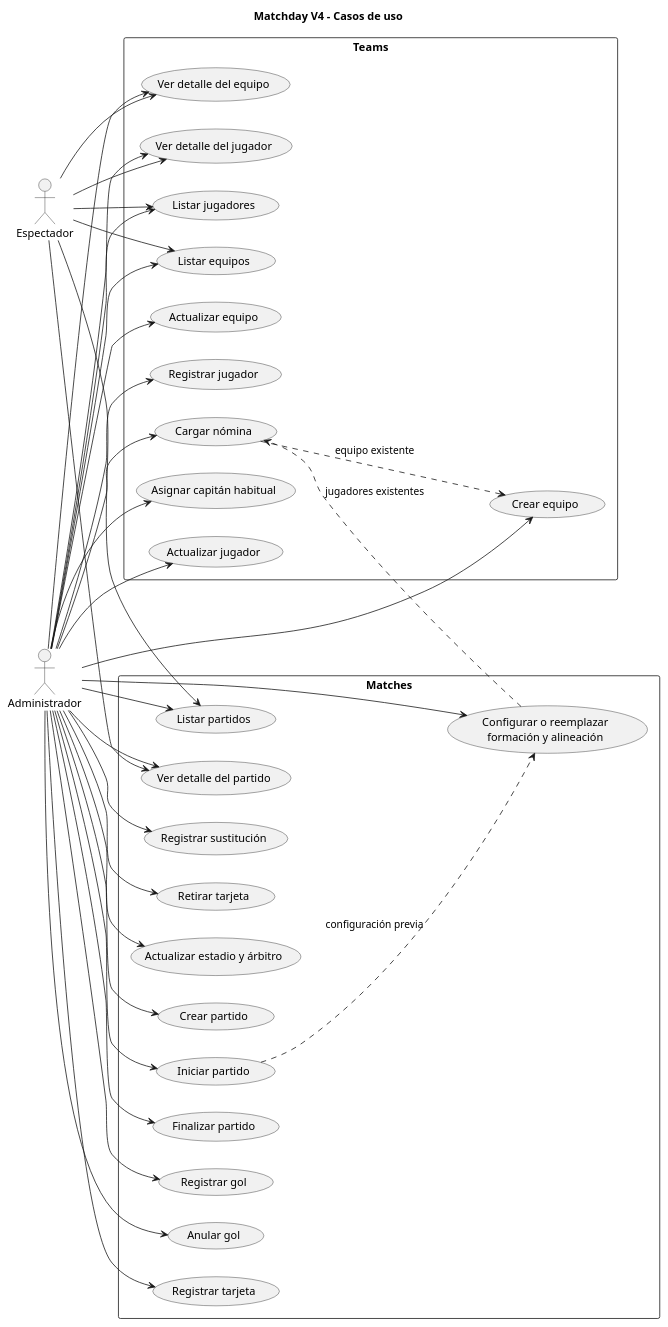
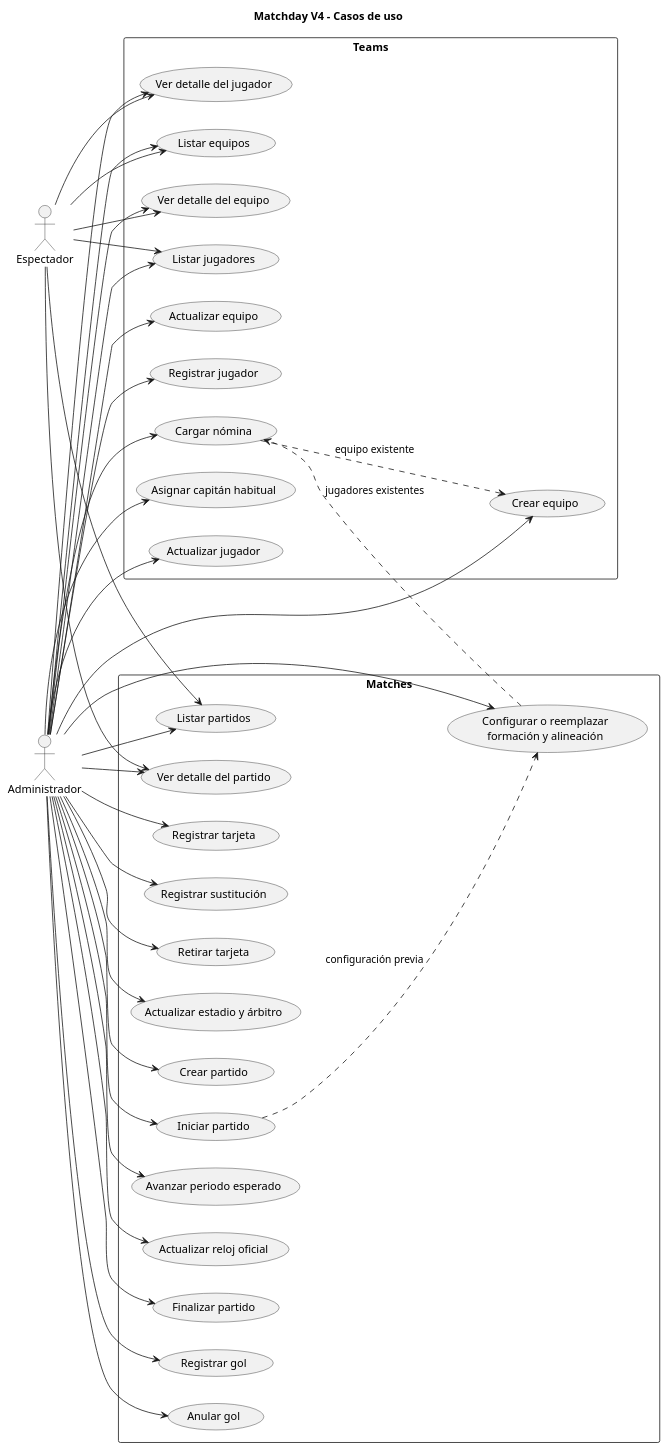
One commit to JaredDet/Match-Day changed the diagram in docs/diagrams/use-cases.puml. Above: the diagram before and after it, drawn with PlantUML. The commit also changed 41 other files, not shown here.

Commit message:
feat(matches): modelar periodos y reloj oficial del partido

```diff
--- a/docs/diagrams/use-cases.puml
+++ b/docs/diagrams/use-cases.puml
@@ -1,70 +1,74 @@
 @startuml Matchday Use Cases
 title Matchday V4 - Casos de uso
 
 left to right direction
 skinparam packageStyle rectangle
 
 actor Administrador as Admin
 actor Espectador as Viewer
 
 rectangle "Teams" {
   usecase "Crear equipo" as CreateTeam
   usecase "Actualizar equipo" as UpdateTeam
   usecase "Registrar jugador" as RegisterPlayer
   usecase "Cargar nómina" as RegisterSquad
   usecase "Asignar capitán habitual" as SetCaptain
   usecase "Actualizar jugador" as UpdatePlayer
   usecase "Listar equipos" as ListTeams
   usecase "Ver detalle del equipo" as GetTeam
   usecase "Listar jugadores" as ListPlayers
   usecase "Ver detalle del jugador" as GetPlayer
 }
 
 rectangle "Matches" {
   usecase "Crear partido" as CreateMatch
   usecase "Configurar o reemplazar\nformación y alineación" as SetLineup
   usecase "Iniciar partido" as StartMatch
+  usecase "Avanzar periodo esperado" as AdvancePeriod
+  usecase "Actualizar reloj oficial" as UpdateClock
   usecase "Finalizar partido" as FinishMatch
   usecase "Registrar gol" as RegisterGoal
   usecase "Anular gol" as DisallowGoal
   usecase "Registrar tarjeta" as RegisterCard
   usecase "Registrar sustitución" as RegisterSubstitution
   usecase "Retirar tarjeta" as RescindCard
   usecase "Actualizar estadio y árbitro" as UpdateDetails
   usecase "Listar partidos" as ListMatches
   usecase "Ver detalle del partido" as GetMatch
 }
 
 Admin --> CreateTeam
 Admin --> UpdateTeam
 Admin --> RegisterPlayer
 Admin --> RegisterSquad
 Admin --> SetCaptain
 Admin --> UpdatePlayer
 Admin --> ListTeams
 Admin --> GetTeam
 Admin --> ListPlayers
 Admin --> GetPlayer
 Admin --> CreateMatch
 Admin --> SetLineup
 Admin --> StartMatch
+Admin --> AdvancePeriod
+Admin --> UpdateClock
 Admin --> FinishMatch
 Admin --> RegisterGoal
 Admin --> DisallowGoal
 Admin --> RegisterCard
 Admin --> RegisterSubstitution
 Admin --> RescindCard
 Admin --> UpdateDetails
 Admin --> ListMatches
 Admin --> GetMatch
 Viewer --> ListMatches
 Viewer --> GetMatch
 Viewer --> ListTeams
 Viewer --> GetTeam
 Viewer --> ListPlayers
 Viewer --> GetPlayer
 
 RegisterSquad ..> CreateTeam : equipo existente
 SetLineup ..> RegisterSquad : jugadores existentes
 StartMatch ..> SetLineup : configuración previa
 @enduml
```
